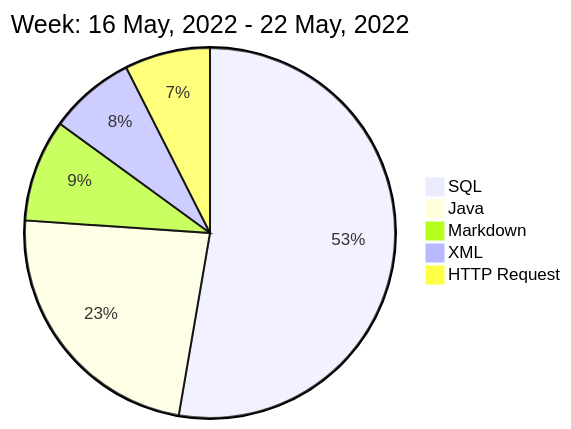
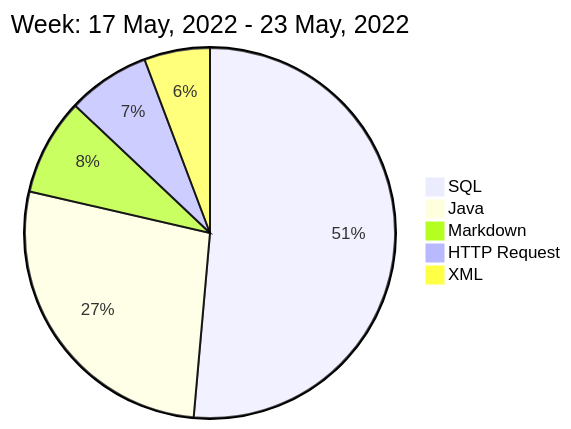
Before and after one commit to liubin95/liubin95: the diagram in README.md, drawn with Mermaid.

Commit message:
Updated the Graph with new Metrics

````diff
--- a/README.md
+++ b/README.md
@@ -40,9 +40,9 @@
 ```mermaid
  pie
-title Week: 16 May, 2022 - 22 May, 2022
- "SQL" : 8.97
- "Java" : 3.98
- "Markdown" : 1.52
- "XML" : 1.28
- "HTTP Request" : 1.27
+title Week: 17 May, 2022 - 23 May, 2022
+ "SQL" : 9.13
+ "Java" : 4.83
+ "Markdown" : 1.5
+ "HTTP Request" : 1.28
+ "XML" : 1.02
 ```
````
